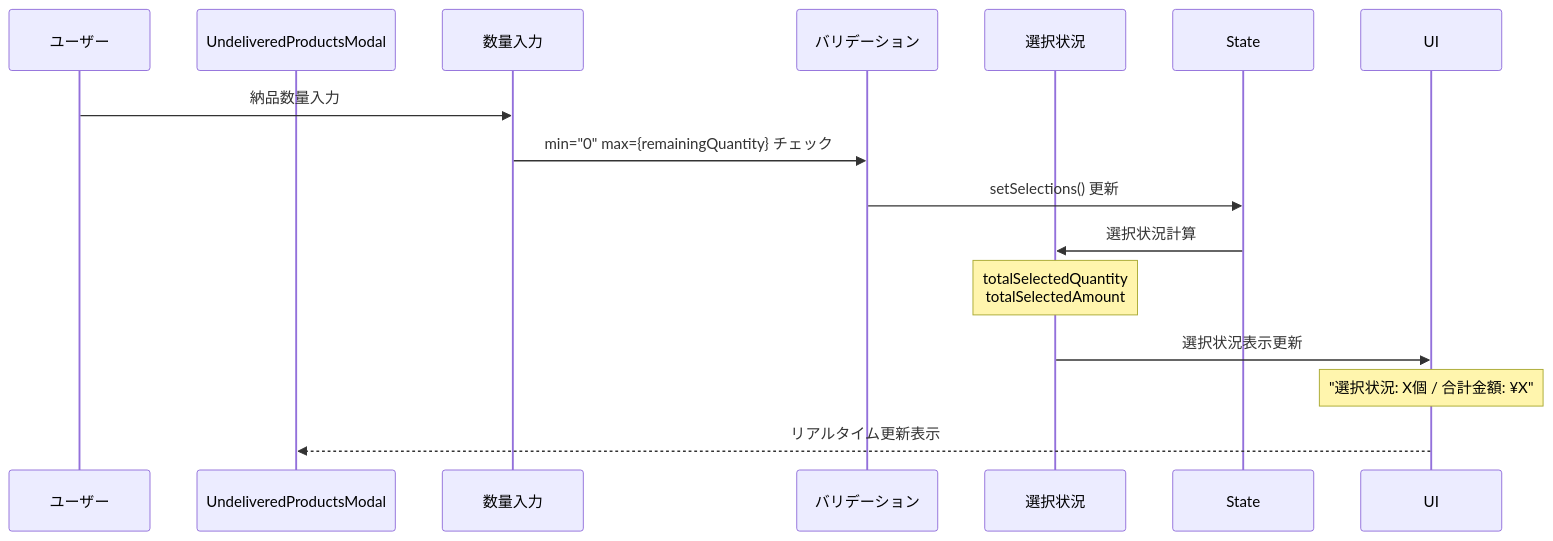
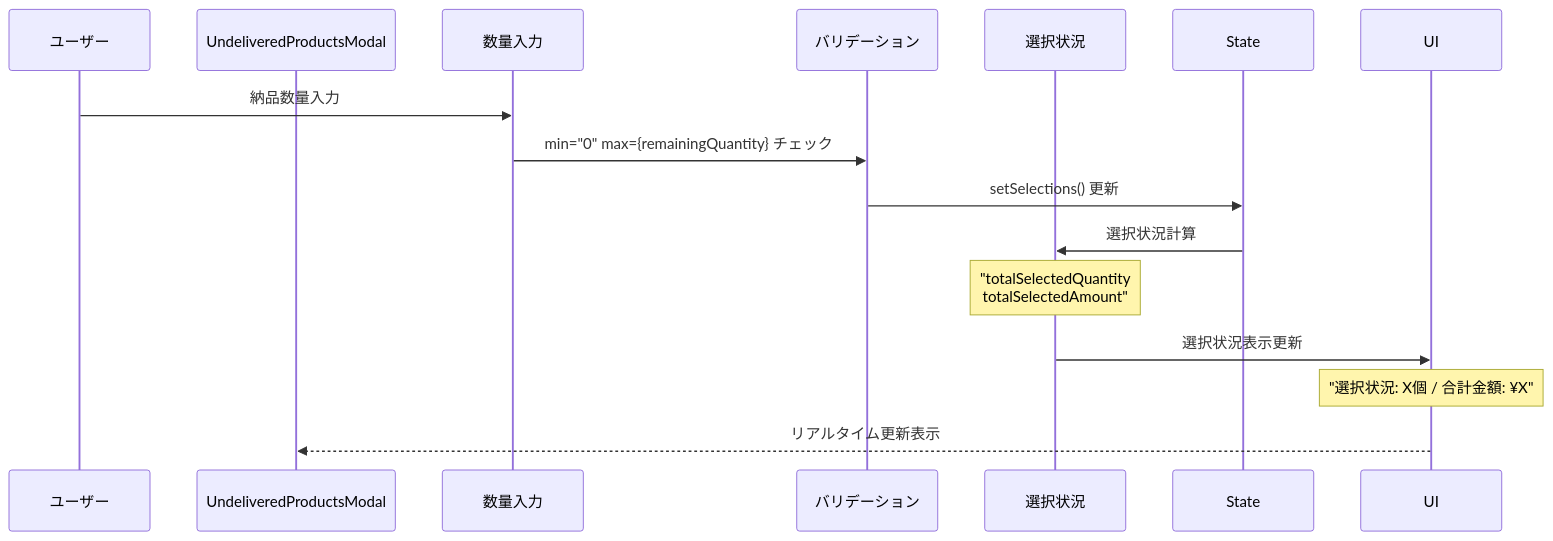
One commit to wasabi49/ocs-systemDevelopmentExercises changed the fourth of 12 diagrams in document/pages/sequence/DeliveryAdd.md. Above: the diagram before and after it, drawn with Mermaid. The commit also changed other lines of this file and 42 other files, not shown here.

First line of the commit message:
fix: mermaidシーケンス図のNote over文でダブルクォーテーション不足を修正

````diff
--- a/document/pages/sequence/DeliveryAdd.md
+++ b/document/pages/sequence/DeliveryAdd.md
@@ -78,20 +78,20 @@
 ```mermaid
 sequenceDiagram
     participant User as ユーザー
     participant Modal as UndeliveredProductsModal
     participant QuantityInput as 数量入力
     participant Validation as バリデーション
     participant Summary as 選択状況
 
     User->>QuantityInput: 納品数量入力
     QuantityInput->>Validation: min="0" max={remainingQuantity} チェック
     Validation->>State: setSelections() 更新
     
     State->>Summary: 選択状況計算
-    Note over Summary: totalSelectedQuantity<br/>totalSelectedAmount
+    Note over Summary: "totalSelectedQuantity<br/>totalSelectedAmount"
     
     Summary->>UI: 選択状況表示更新
     Note over UI: "選択状況: X個 / 合計金額: ¥X"
     
     UI-->>Modal: リアルタイム更新表示
 ```
````
